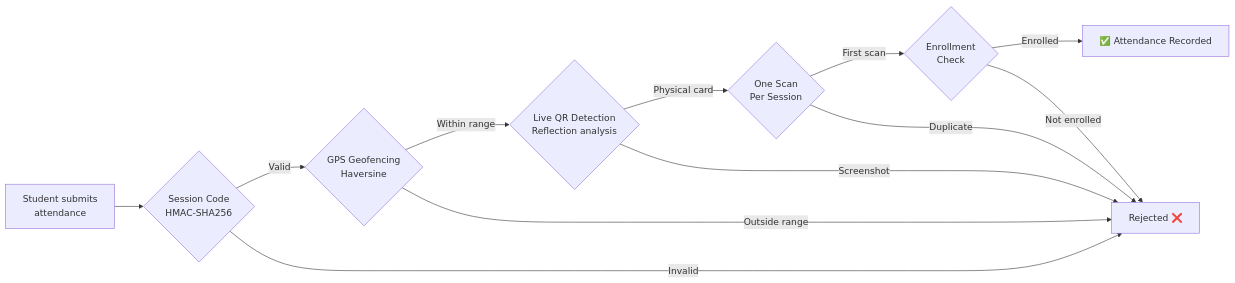
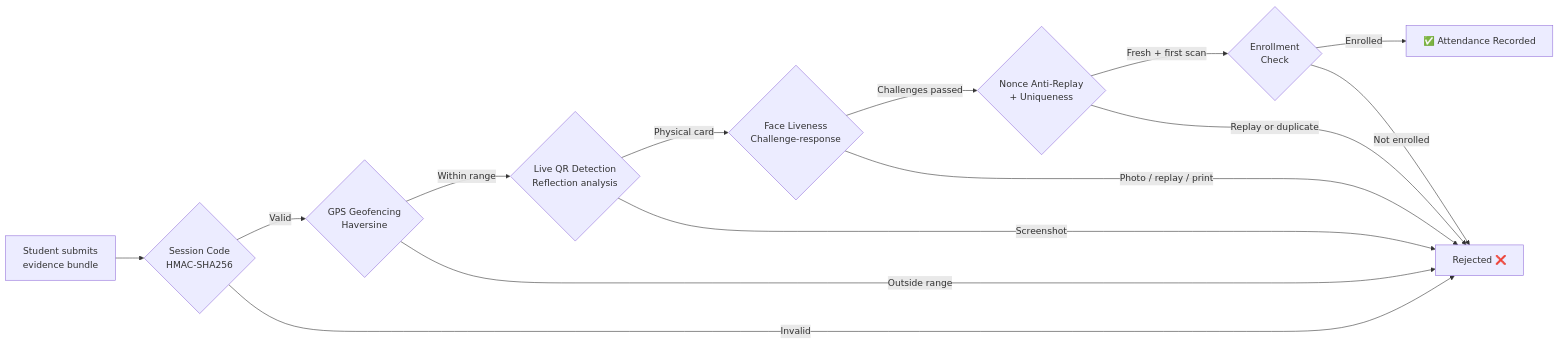
The third of 3 diagrams in docs/presentations/presentation-slides.md (dhenji/qr_based_attendance_system), drawn with Mermaid before and after one commit. The commit also changed other lines of this file and 10 other files, not shown here.

````diff
--- a/docs/presentations/presentation-slides.md
+++ b/docs/presentations/presentation-slides.md
@@ -149,14 +152,16 @@
 ```mermaid
 flowchart LR
-    A[Student submits<br>attendance] --> B{Session Code<br>HMAC-SHA256}
+    A[Student submits<br>evidence bundle] --> B{Session Code<br>HMAC-SHA256}
     B -->|Valid| C{GPS Geofencing<br>Haversine}
     B -->|Invalid| X[Rejected ❌]
     C -->|Within range| D{Live QR Detection<br>Reflection analysis}
     C -->|Outside range| X
-    D -->|Physical card| E{One Scan<br>Per Session}
+    D -->|Physical card| E{Face Liveness<br>Challenge-response}
     D -->|Screenshot| X
-    E -->|First scan| F{Enrollment<br>Check}
-    E -->|Duplicate| X
-    F -->|Enrolled| G[✅ Attendance Recorded]
-    F -->|Not enrolled| X
+    E -->|Challenges passed| F{Nonce Anti-Replay<br>+ Uniqueness}
+    E -->|Photo / replay / print| X
+    F -->|Fresh + first scan| G{Enrollment<br>Check}
+    F -->|Replay or duplicate| X
+    G -->|Enrolled| H[✅ Attendance Recorded]
+    G -->|Not enrolled| X
 ```
````
